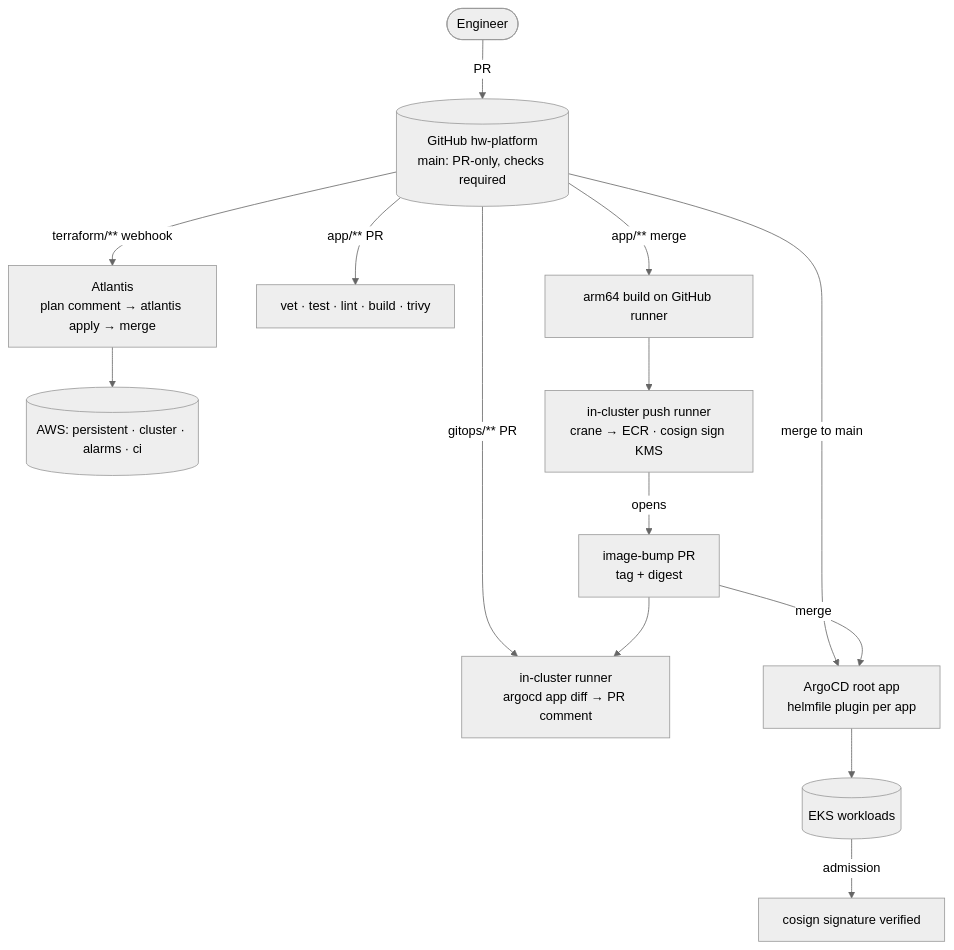
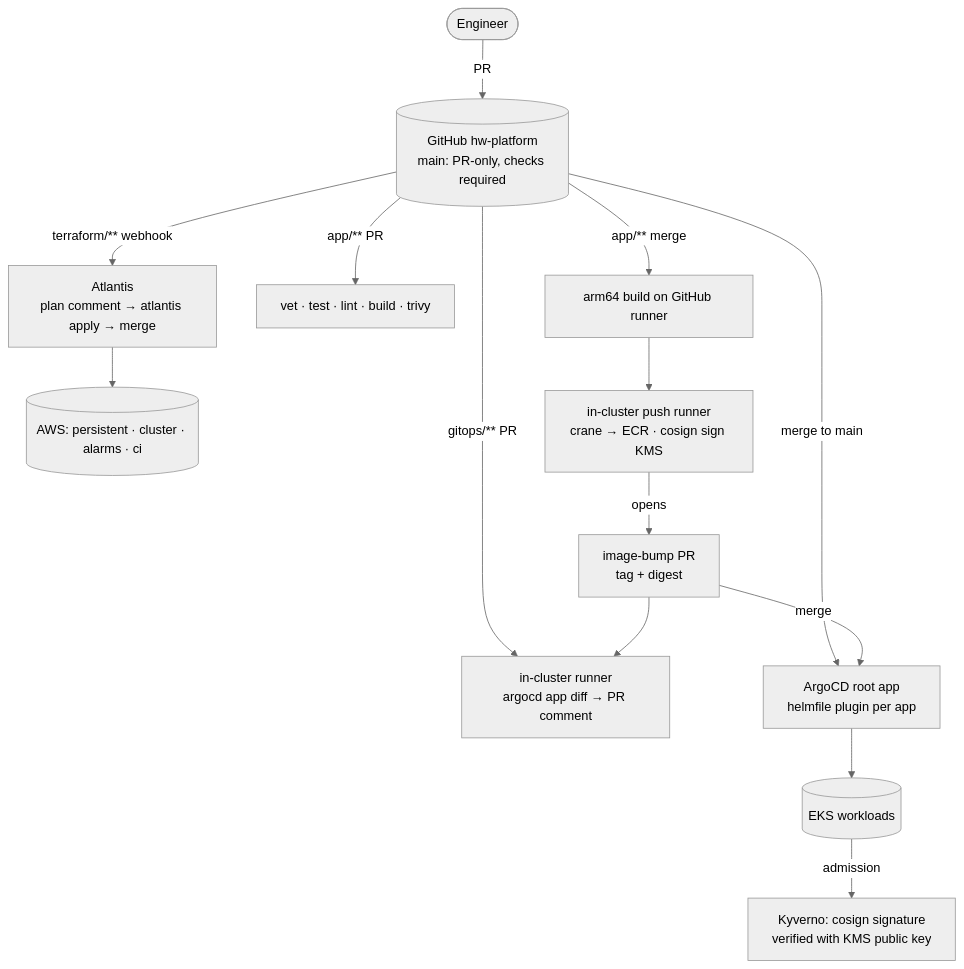
The third of 4 diagrams in docs/architecture.md (balusarakesh/hw-platform), drawn with Mermaid (neutral theme) before and after one commit. The commit also changed other lines of this file and 5 other files, not shown here.

````diff
--- a/docs/architecture.md
+++ b/docs/architecture.md
@@ -67,19 +69,19 @@
 ```mermaid
 flowchart TB
   dev([Engineer]) -->|PR| repo[(GitHub hw-platform<br/>main: PR-only, checks required)]
 
   repo -->|terraform/** webhook| atlantis[Atlantis<br/>plan comment → atlantis apply → merge]
   atlantis --> aws[(AWS: persistent · cluster · alarms · ci)]
 
   repo -->|gitops/** PR| diff[in-cluster runner<br/>argocd app diff → PR comment]
   repo -->|merge to main| argocd[ArgoCD root app<br/>helmfile plugin per app]
   argocd --> cluster[(EKS workloads)]
 
   repo -->|app/** PR| ci[vet · test · lint · build · trivy]
   repo -->|app/** merge| build[arm64 build on GitHub runner]
   build --> push[in-cluster push runner<br/>crane → ECR · cosign sign KMS]
   push -->|opens| bump[image-bump PR<br/>tag + digest]
   bump --> diff
   bump -->|merge| argocd
-  cluster -->|admission| verify[cosign signature verified]
+  cluster -->|admission| verify[Kyverno: cosign signature<br/>verified with KMS public key]
 ```
````
